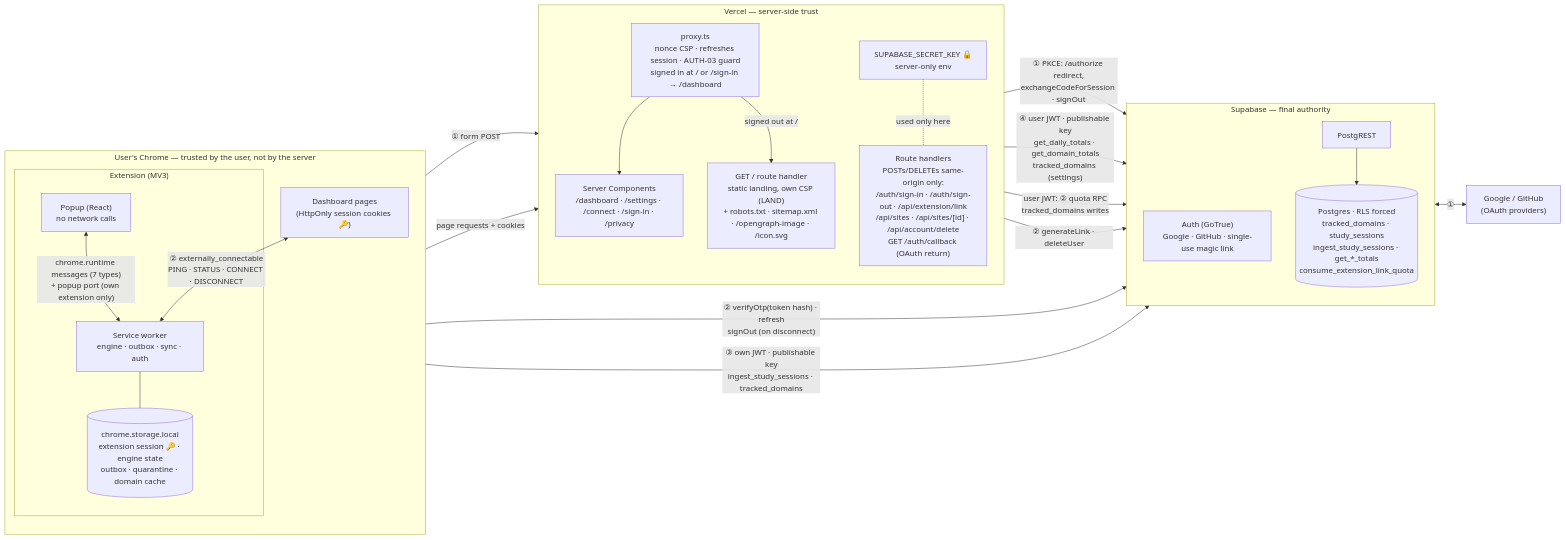
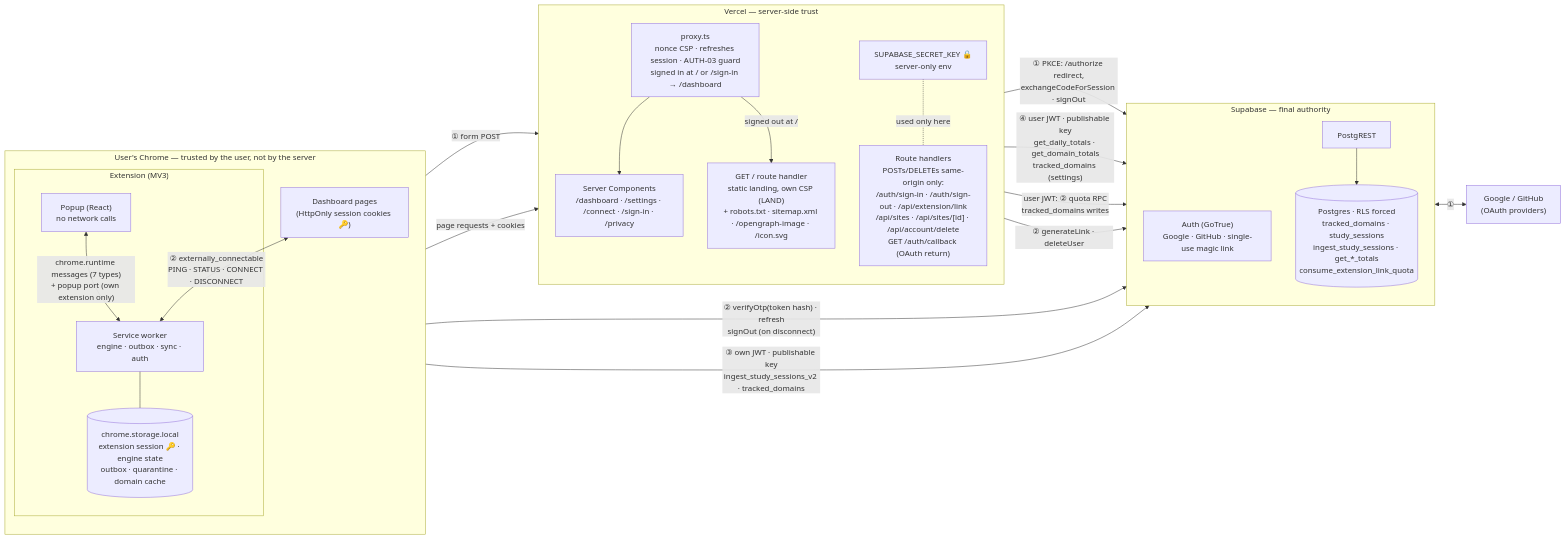
The diagram in README.md (vbenedito/careeros), drawn with Mermaid before and after one commit. The commit also changed 29 other files, not shown here.

````diff
--- a/README.md
+++ b/README.md
@@ -19,46 +19,46 @@
 ```mermaid
 flowchart LR
   subgraph CHROME["User's Chrome — trusted by the user, not by the server"]
     direction TB
     subgraph EXT["Extension (MV3)"]
       POP["Popup (React)<br/>no network calls"]
       SW["Service worker<br/>engine · outbox · sync · auth"]
       LS[("chrome.storage.local<br/>extension session 🔑 · engine state<br/>outbox · quarantine · domain cache")]
       POP <-- "chrome.runtime messages (7 types)<br/>+ popup port (own extension only)" --> SW
       SW --- LS
     end
     DUI["Dashboard pages<br/>(HttpOnly session cookies 🔑)"]
   end
 
   subgraph VERCEL["Vercel — server-side trust"]
     direction TB
     PX["proxy.ts<br/>nonce CSP · refreshes session · AUTH-03 guard<br/>signed in at / or /sign-in → /dashboard"]
     LAND["GET / route handler<br/>static landing, own CSP (LAND)<br/>+ robots.txt · sitemap.xml · /opengraph-image · /icon.svg"]
     RSC["Server Components<br/>/dashboard · /settings · /connect · /sign-in · /privacy"]
     RH["Route handlers<br/>POSTs/DELETEs same-origin only:<br/>/auth/sign-in · /auth/sign-out · /api/extension/link<br/>/api/sites · /api/sites/[id] · /api/account/delete<br/>GET /auth/callback (OAuth return)"]
     SEC["SUPABASE_SECRET_KEY 🔒<br/>server-only env"]
   end
 
   subgraph SUPA["Supabase — final authority"]
     direction TB
     GA["Auth (GoTrue)<br/>Google · GitHub · single-use magic link"]
     API["PostgREST"]
     DB[("Postgres · RLS forced<br/>tracked_domains · study_sessions<br/>ingest_study_sessions · get_*_totals<br/>consume_extension_link_quota")]
     API --> DB
   end
 
   GP["Google / GitHub<br/>(OAuth providers)"]
 
   DUI -- "① form POST" --> RH
   RH -- "① PKCE: /authorize redirect,<br/>exchangeCodeForSession · signOut" --> GA
   GA <-- "①" --> GP
   DUI -- "page requests + cookies" --> PX --> RSC
   PX -- "signed out at /" --> LAND
   RSC -- "④ user JWT · publishable key<br/>get_daily_totals · get_domain_totals<br/>tracked_domains (settings)" --> API
   RH -- "user JWT: ② quota RPC<br/>tracked_domains writes" --> API
   RH -- "② generateLink · deleteUser" --> GA
   SEC -. "used only here" .- RH
   DUI <-- "② externally_connectable<br/>PING · STATUS · CONNECT · DISCONNECT" --> SW
   SW -- "② verifyOtp(token hash) · refresh<br/>signOut (on disconnect)" --> GA
-  SW -- "③ own JWT · publishable key<br/>ingest_study_sessions · tracked_domains" --> API
+  SW -- "③ own JWT · publishable key<br/>ingest_study_sessions_v2 · tracked_domains" --> API
 ```
````
